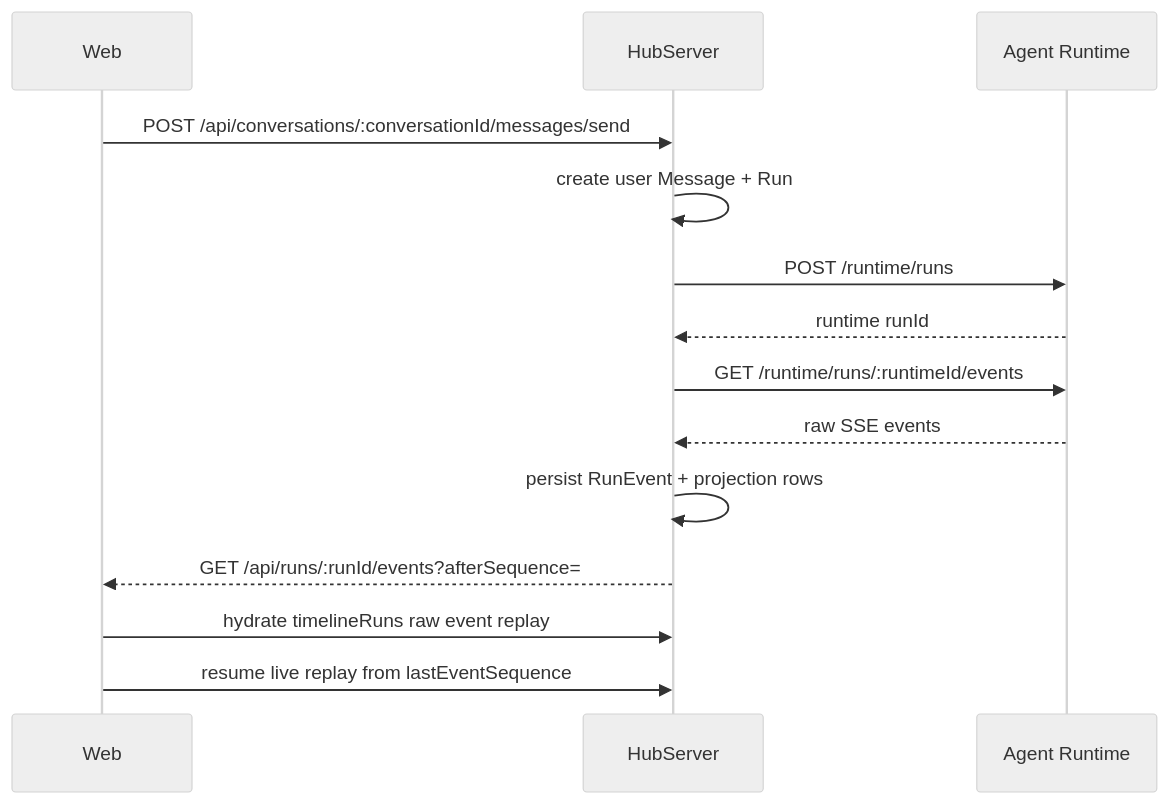
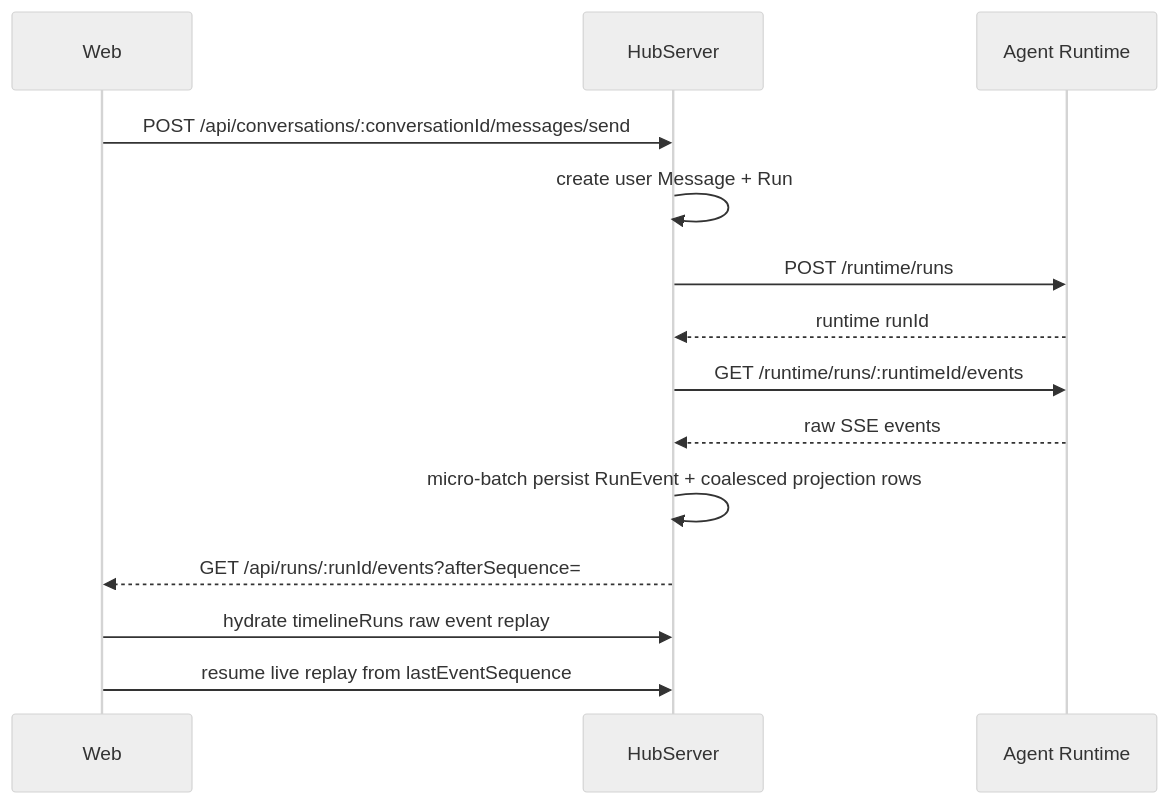
The diagram in docs/architecture/RUN_PERSISTENCE_AND_STREAMING.md (GuqierMcl/AgentHub), drawn with Mermaid (neutral theme) before and after one commit. The commit also changed other lines of this file and 11 other files, not shown here.

````diff
--- a/docs/architecture/RUN_PERSISTENCE_AND_STREAMING.md
+++ b/docs/architecture/RUN_PERSISTENCE_AND_STREAMING.md
@@ -7,17 +7,17 @@
 ```mermaid
 sequenceDiagram
   participant Web
   participant Hub as HubServer
   participant Run as Agent Runtime
 
   Web->>Hub: POST /api/conversations/:conversationId/messages/send
   Hub->>Hub: create user Message + Run
   Hub->>Run: POST /runtime/runs
   Run-->>Hub: runtime runId
   Hub->>Run: GET /runtime/runs/:runtimeId/events
   Run-->>Hub: raw SSE events
-  Hub->>Hub: persist RunEvent + projection rows
+  Hub->>Hub: micro-batch persist RunEvent + coalesced projection rows
   Hub-->>Web: GET /api/runs/:runId/events?afterSequence=
   Web->>Hub: hydrate timelineRuns raw event replay
   Web->>Hub: resume live replay from lastEventSequence
 ```
````
